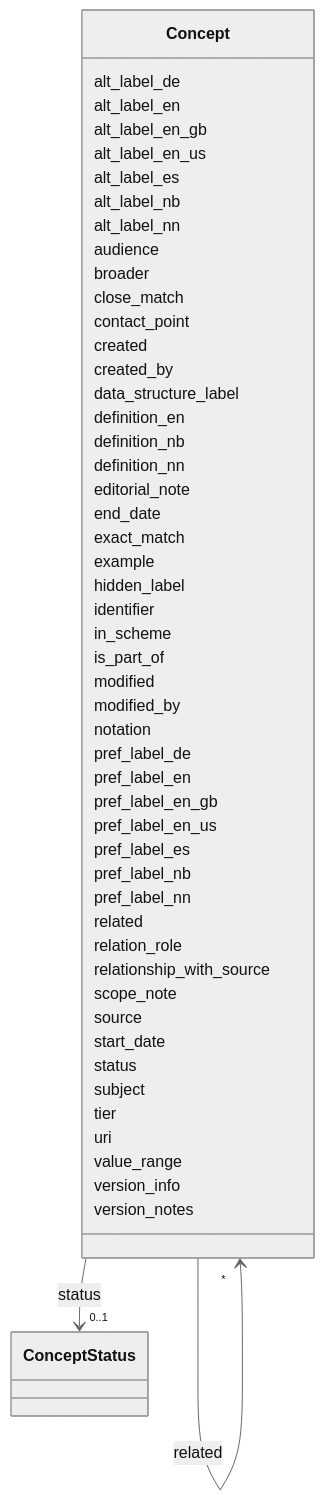
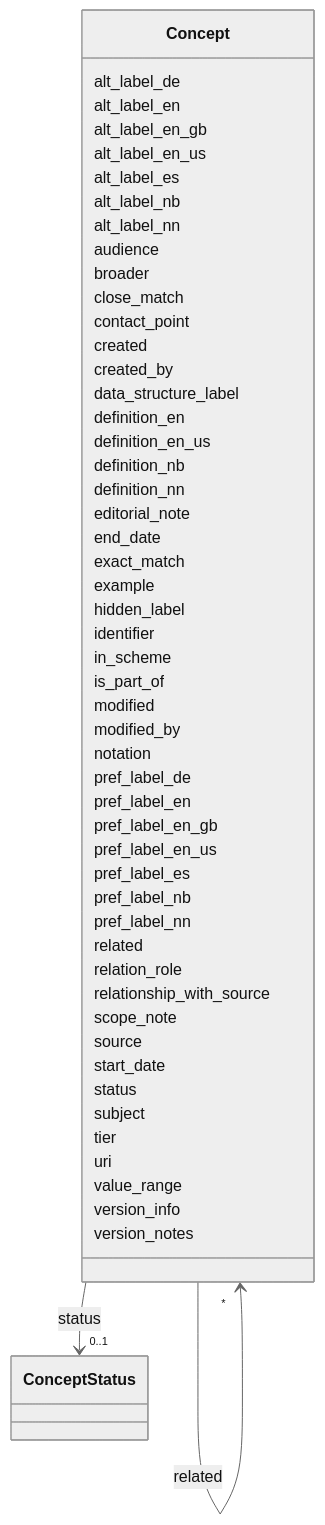
One commit to UteBroenner/skos-from-pdf-via-excel changed the diagram in schema/generated/docs/Concept.md. Above: the diagram before and after it, drawn with Mermaid (neutral theme). The commit also changed other lines of this file and 24 other files, not shown here.

```diff
--- a/schema/generated/docs/Concept.md
+++ b/schema/generated/docs/Concept.md
@@ -62,6 +62,8 @@
       Concept : data_structure_label
         
       Concept : definition_en
+        
+      Concept : definition_en_us
         
       Concept : definition_nb
         
```
